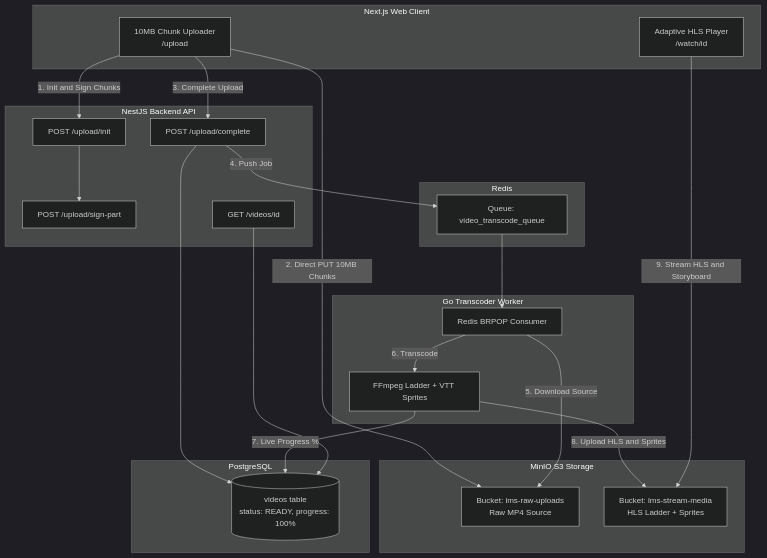
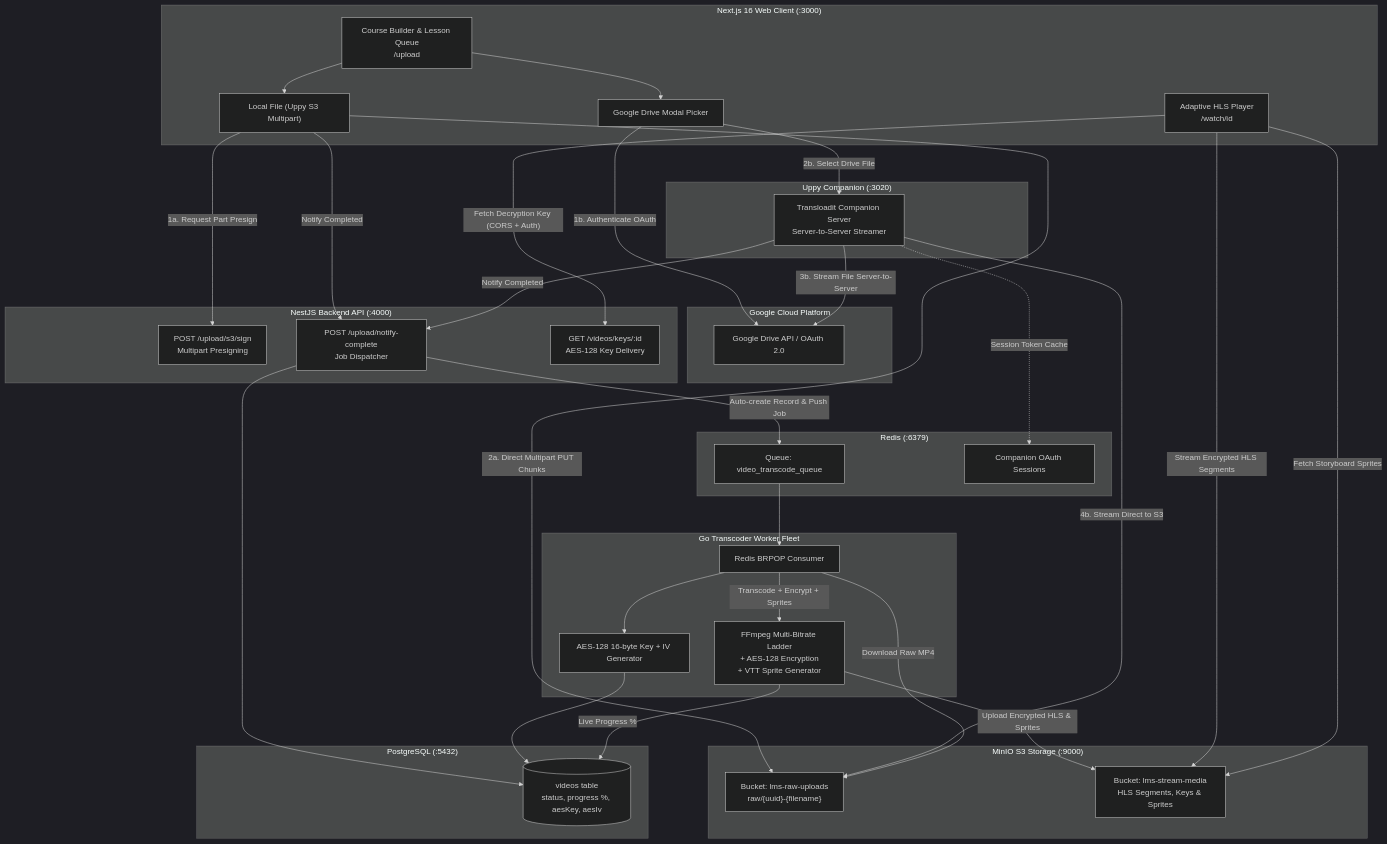
Before and after one commit to wailwinaung-dev/demo-distributed-video-transcoder: the diagram in README.md, drawn with Mermaid (dark theme). The commit also changed other lines of this file, not shown here.

````diff
--- a/README.md
+++ b/README.md
@@ -23,46 +27,76 @@
 ```mermaid
 flowchart TD
-    subgraph Client["Next.js Web Client"]
-        Upload["10MB Chunk Uploader<br/>/upload"]
+    subgraph Client["Next.js 16 Web Client (:3000)"]
+        CourseBuilder["Course Builder & Lesson Queue<br/>/upload"]
+        LocalFile["Local File (Uppy S3 Multipart)"]
+        DrivePicker["Google Drive Modal Picker"]
         Player["Adaptive HLS Player<br/>/watch/id"]
     end
 
-    subgraph API["NestJS Backend API"]
-        Init["POST /upload/init"]
-        Sign["POST /upload/sign-part"]
-        Complete["POST /upload/complete"]
-        Meta["GET /videos/id"]
+    subgraph GoogleCloud["Google Cloud Platform"]
+        GDrive["Google Drive API / OAuth 2.0"]
     end
 
-    subgraph Storage["MinIO S3 Storage"]
-        Raw["Bucket: lms-raw-uploads<br/>Raw MP4 Source"]
-        Stream["Bucket: lms-stream-media<br/>HLS Ladder + Sprites"]
+    subgraph CompanionService["Uppy Companion (:3020)"]
+        Companion["Transloadit Companion Server<br/>Server-to-Server Streamer"]
     end
 
-    subgraph Queue["Redis"]
-        RedisQ["Queue: video_transcode_queue"]
+    subgraph API["NestJS Backend API (:4000)"]
+        S3Sign["POST /upload/s3/sign<br/>Multipart Presigning"]
+        NotifyComplete["POST /upload/notify-complete<br/>Job Dispatcher"]
+        KeyEndpoint["GET /videos/keys/:id<br/>AES-128 Key Delivery"]
     end
 
-    subgraph Worker["Go Transcoder Worker"]
-        Consumer["Redis BRPOP Consumer"]
-        FFmpeg["FFmpeg Ladder + VTT Sprites"]
+    subgraph Storage["MinIO S3 Storage (:9000)"]
+        Raw["Bucket: lms-raw-uploads<br/>raw/{uuid}-{filename}"]
+        Stream["Bucket: lms-stream-media<br/>HLS Segments, Keys & Sprites"]
     end
 
-    subgraph DB["PostgreSQL"]
-        Postgres[("videos table<br/>status: READY, progress: 100%")]
+    subgraph Queue["Redis (:6379)"]
+        RedisQ["Queue: video_transcode_queue"]
+        SessionStore["Companion OAuth Sessions"]
     end
 
-    Upload -->|"1. Init and Sign Chunks"| Init
-    Init --> Sign
-    Upload -->|"2. Direct PUT 10MB Chunks"| Raw
-    Upload -->|"3. Complete Upload"| Complete
-    Complete -->|"4. Push Job"| RedisQ
-    Complete --> Postgres
+    subgraph Worker["Go Transcoder Worker Fleet"]
+        Consumer["Redis BRPOP Consumer"]
+        KeyGen["AES-128 16-byte Key + IV Generator"]
+        FFmpeg["FFmpeg Multi-Bitrate Ladder<br/>+ AES-128 Encryption<br/>+ VTT Sprite Generator"]
+    end
+
+    subgraph DB["PostgreSQL (:5432)"]
+        Postgres[("videos table<br/>status, progress %, aesKey, aesIv")]
+    end
+
+    %% Local Upload Flow
+    CourseBuilder --> LocalFile
+    LocalFile -->|"1a. Request Part Presign"| S3Sign
+    LocalFile -->|"2a. Direct Multipart PUT Chunks"| Raw
+
+    %% Google Drive Upload Flow
+    CourseBuilder --> DrivePicker
+    DrivePicker -->|"1b. Authenticate OAuth"| GDrive
+    DrivePicker -->|"2b. Select Drive File"| Companion
+    Companion -->|"3b. Stream File Server-to-Server"| GDrive
+    Companion -->|"4b. Stream Direct to S3"| Raw
+    Companion -.->|"Session Token Cache"| SessionStore
+
+    %% Upload Complete & Transcode Enqueue
+    LocalFile -->|"Notify Completed"| NotifyComplete
+    Companion -->|"Notify Completed"| NotifyComplete
+    NotifyComplete -->|"Auto-create Record & Push Job"| RedisQ
+    NotifyComplete --> Postgres
+
+    %% Worker Processing
     RedisQ --> Consumer
-    Consumer -->|"5. Download Source"| Raw
-    Consumer -->|"6. Transcode"| FFmpeg
-    FFmpeg -->|"7. Live Progress %"| Postgres
-    FFmpeg -->|"8. Upload HLS and Sprites"| Stream
-    Meta --> Postgres
-    Player -->|"9. Stream HLS and Storyboard"| Stream
+    Consumer -->|"Download Raw MP4"| Raw
+    Consumer --> KeyGen
+    KeyGen --> Postgres
+    Consumer -->|"Transcode + Encrypt + Sprites"| FFmpeg
+    FFmpeg -->|"Live Progress %"| Postgres
+    FFmpeg -->|"Upload Encrypted HLS & Sprites"| Stream
+
+    %% Playback Flow
+    Player -->|"Stream Encrypted HLS Segments"| Stream
+    Player -->|"Fetch Decryption Key (CORS + Auth)"| KeyEndpoint
+    Player -->|"Fetch Storyboard Sprites"| Stream
 ```
````
